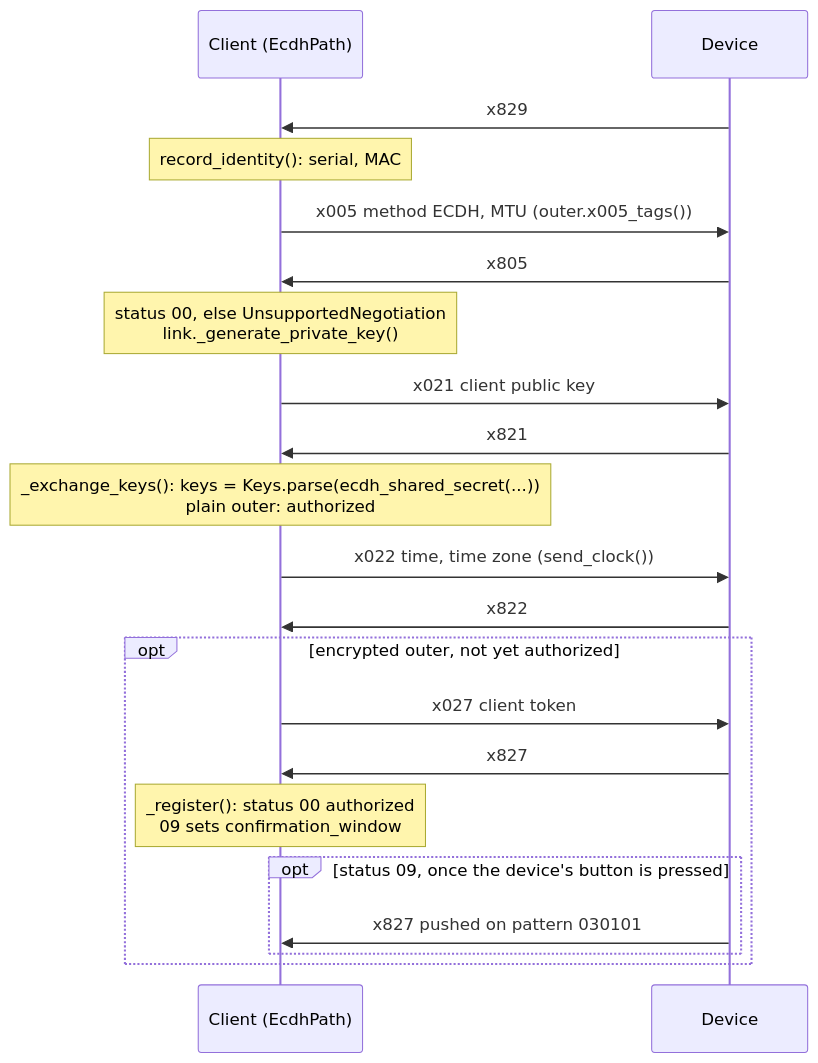
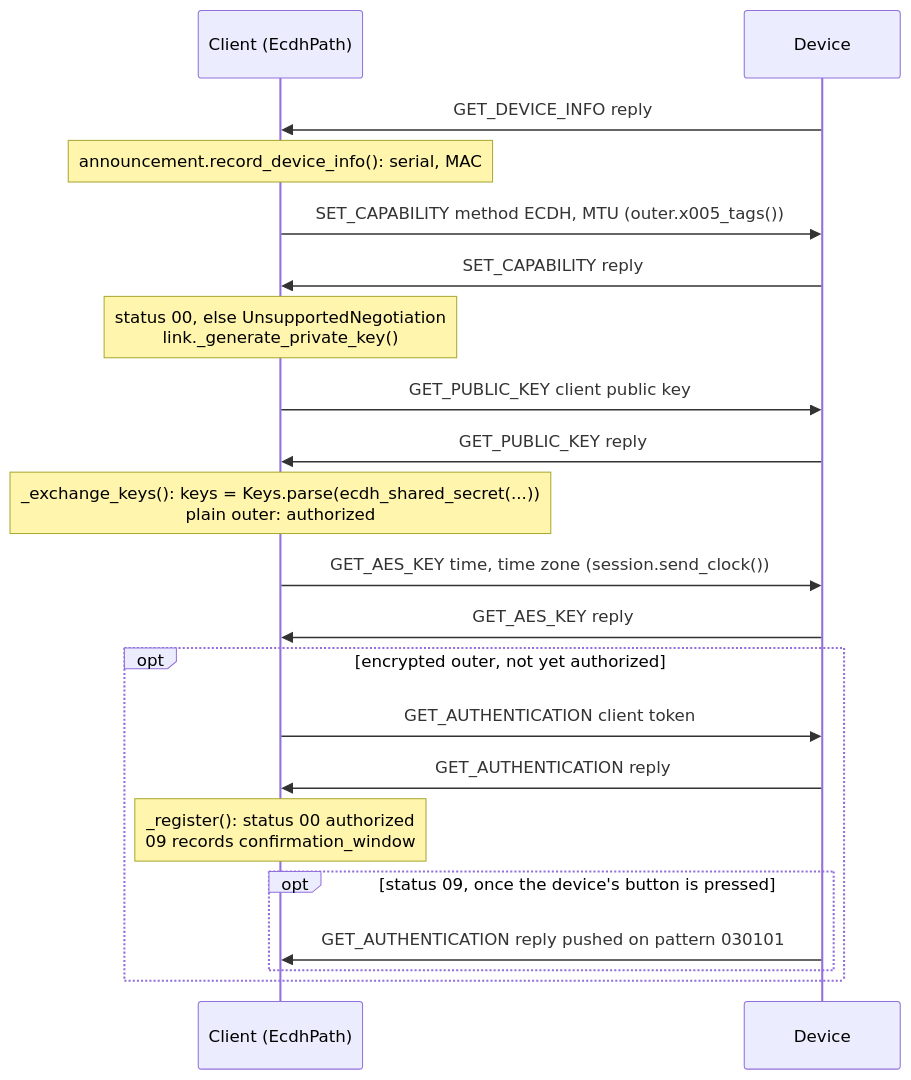
Before and after one commit to flip-dots/SolixBLE: diagram 14 of 15 in docs/source/protocols.rst, drawn with Mermaid. The commit also changed other lines of this file, not shown here.

```diff
--- a/docs/source/protocols.rst
+++ b/docs/source/protocols.rst
@@ -771,23 +901,23 @@
 .. mermaid::
 
   sequenceDiagram
     participant C as Client (EcdhPath)
     participant D as Device
-    D->>C: x829
-    Note over C: record_identity(): serial, MAC
-    C->>D: x005 method ECDH, MTU (outer.x005_tags())
-    D->>C: x805
+    D->>C: GET_DEVICE_INFO reply
+    Note over C: announcement.record_device_info(): serial, MAC
+    C->>D: SET_CAPABILITY method ECDH, MTU (outer.x005_tags())
+    D->>C: SET_CAPABILITY reply
     Note over C: status 00, else UnsupportedNegotiation<br/>link._generate_private_key()
-    C->>D: x021 client public key
-    D->>C: x821
+    C->>D: GET_PUBLIC_KEY client public key
+    D->>C: GET_PUBLIC_KEY reply
     Note over C: _exchange_keys(): keys = Keys.parse(ecdh_shared_secret(...))<br/>plain outer: authorized
-    C->>D: x022 time, time zone (send_clock())
-    D->>C: x822
+    C->>D: GET_AES_KEY time, time zone (session.send_clock())
+    D->>C: GET_AES_KEY reply
     opt encrypted outer, not yet authorized
-        C->>D: x027 client token
-        D->>C: x827
-        Note over C: _register(): status 00 authorized<br/>09 sets confirmation_window
+        C->>D: GET_AUTHENTICATION client token
+        D->>C: GET_AUTHENTICATION reply
+        Note over C: _register(): status 00 authorized<br/>09 records confirmation_window
         opt status 09, once the device's button is pressed
-            D->>C: x827 pushed on pattern 030101
+            D->>C: GET_AUTHENTICATION reply pushed on pattern 030101
         end
     end
```
